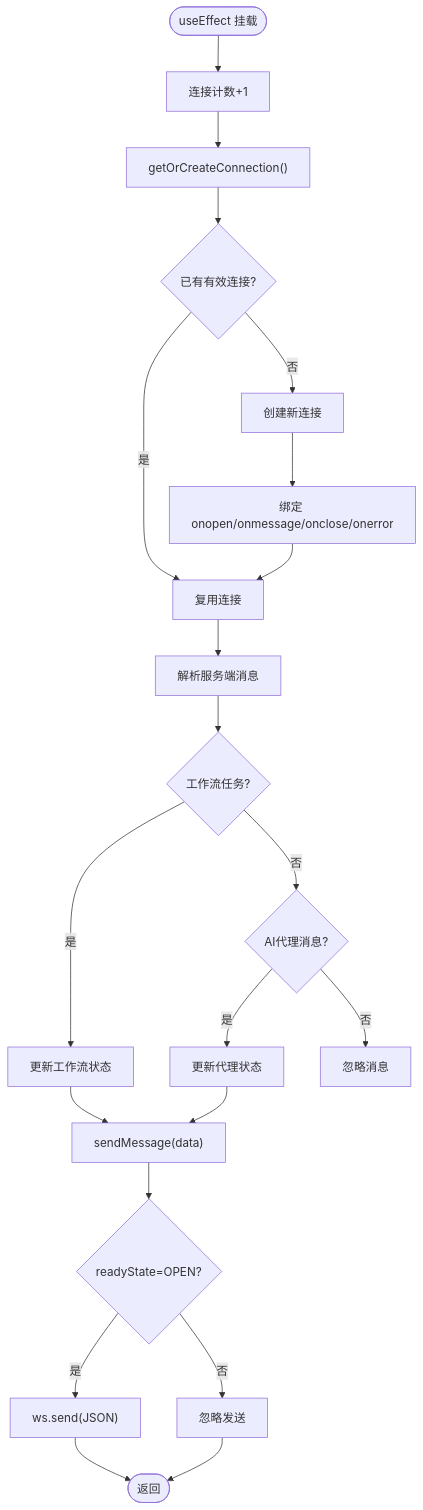
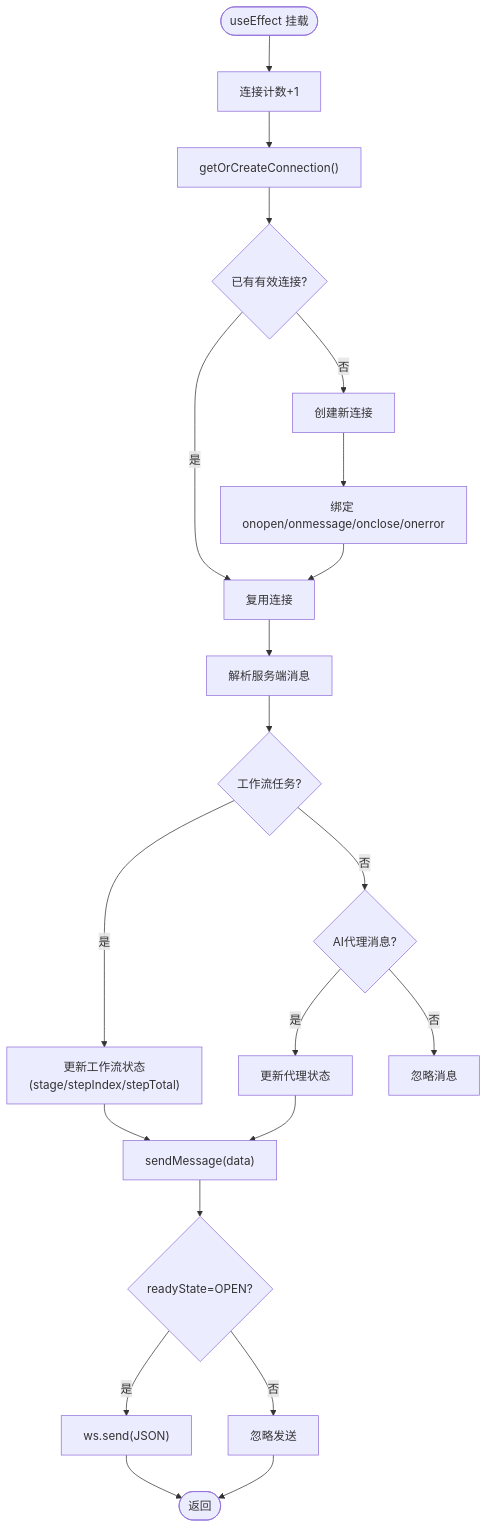
The third of 11 diagrams in .qoder/repowiki/zh/content/前端应用/WebSocket 通信.md (billye220670/CorineKit_Pix2Real), drawn with Mermaid before and after one commit. The commit also changed other lines of this file and 13 other files, not shown here.

````diff
--- a/.qoder/repowiki/zh/content/前端应用/WebSocket 通信.md
+++ b/.qoder/repowiki/zh/content/前端应用/WebSocket 通信.md
@@ -158,23 +172,23 @@
 ```mermaid
 flowchart TD
 Start(["useEffect 挂载"]) --> Inc["连接计数+1"]
 Inc --> GetConn["getOrCreateConnection()"]
 GetConn --> ConnReady{"已有有效连接?"}
 ConnReady --> |是| UseConn["复用连接"]
 ConnReady --> |否| NewConn["创建新连接"]
 NewConn --> Setup["绑定 onopen/onmessage/onclose/onerror"]
 Setup --> UseConn
 UseConn --> ParseMsg["解析服务端消息"]
 ParseMsg --> WorkFlow{"工作流任务?"}
-WorkFlow --> |是| UpdateWF["更新工作流状态"]
+WorkFlow --> |是| UpdateWF["更新工作流状态(stage/stepIndex/stepTotal)"]
 WorkFlow --> |否| AgentMsg{"AI代理消息?"}
 AgentMsg --> |是| UpdateAgent["更新代理状态"]
 AgentMsg --> |否| Ignore["忽略消息"]
 UpdateWF --> Send["sendMessage(data)"]
 UpdateAgent --> Send
 Send --> Ready{"readyState=OPEN?"}
 Ready --> |是| WSsend["ws.send(JSON)"]
 Ready --> |否| Ignore2["忽略发送"]
 WSsend --> End(["返回"])
 Ignore2 --> End
 ```
````
